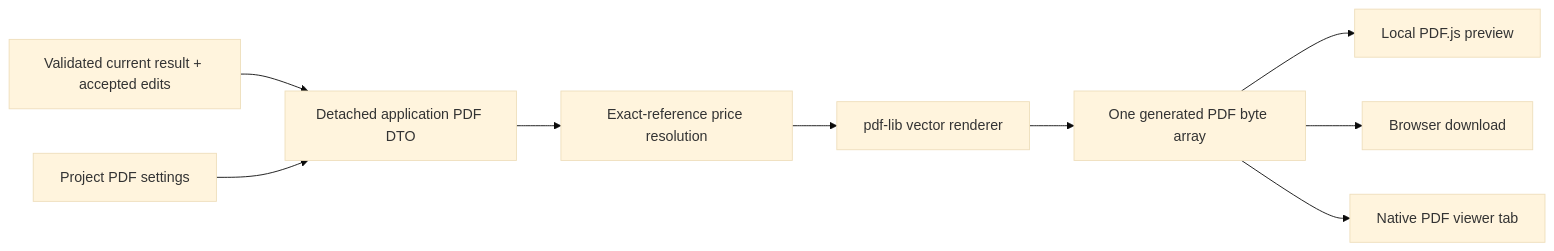
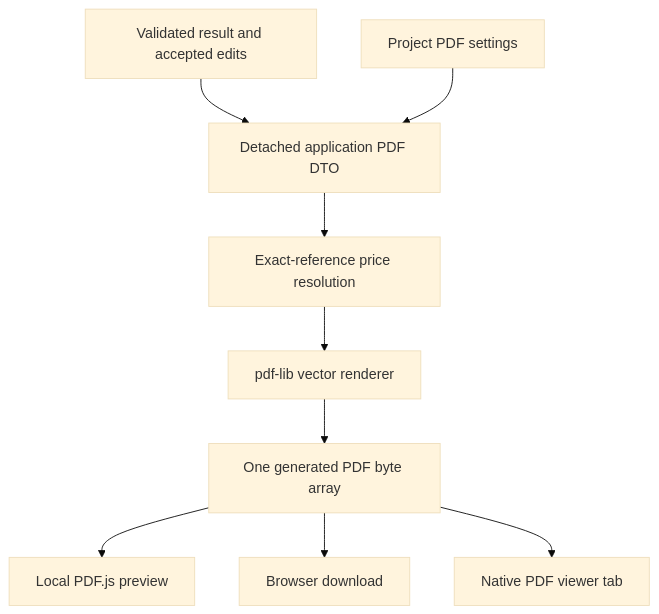
Before and after one commit to tanguy-rdt/opticutlist: the first of 2 diagrams in docs/pdf-generation.md, drawn with Mermaid (base theme). The commit also changed other lines of this file and 23 other files, not shown here.

````diff
--- a/docs/pdf-generation.md
+++ b/docs/pdf-generation.md
@@ -11,11 +15,11 @@
 ```mermaid
-flowchart LR
-  Current[Validated current result + accepted edits] --> Snapshot[Detached application PDF DTO]
+flowchart TD
+  Current[Validated result and accepted edits] --> Snapshot[Detached application PDF DTO]
   Settings[Project PDF settings] --> Snapshot
   Snapshot --> Pricing[Exact-reference price resolution]
   Pricing --> Renderer[pdf-lib vector renderer]
   Renderer --> Bytes[One generated PDF byte array]
   Bytes --> Preview[Local PDF.js preview]
   Bytes --> Download[Browser download]
   Bytes --> Print[Native PDF viewer tab]
 ```
````
